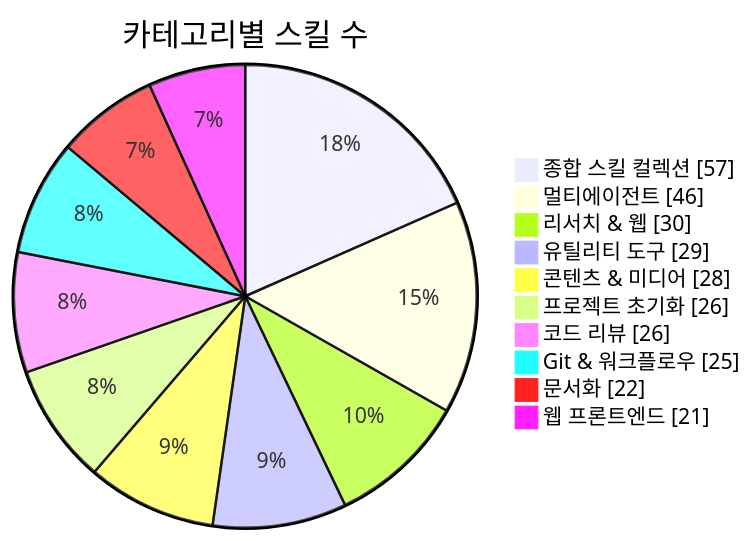
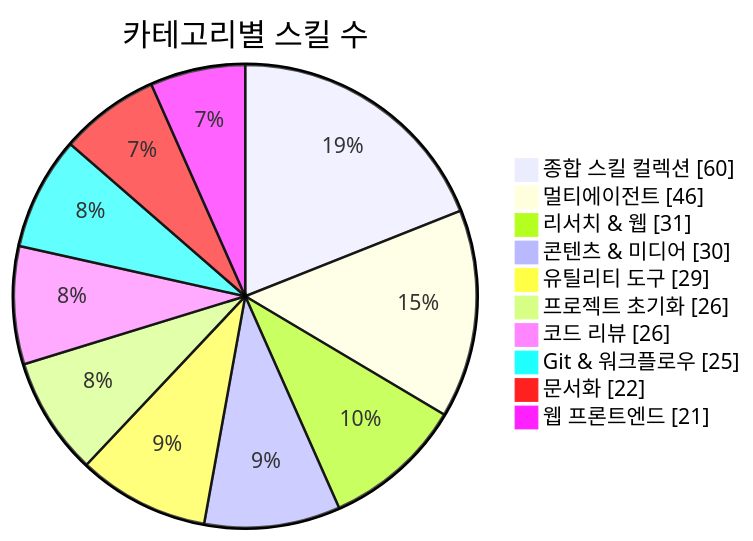
One commit to J-nowcow/awesome-korean-agent-skills changed the first of 3 diagrams in README.md. Above: the diagram before and after it, drawn with Mermaid. The commit also changed other lines of this file and 6 other files, not shown here.

````diff
--- a/README.md
+++ b/README.md
@@ -176,14 +176,14 @@
 ```mermaid
 pie showData
     title 카테고리별 스킬 수
-    "종합 스킬 컬렉션" : 57
+    "종합 스킬 컬렉션" : 60
     "멀티에이전트" : 46
-    "리서치 & 웹" : 30
+    "리서치 & 웹" : 31
+    "콘텐츠 & 미디어" : 30
     "유틸리티 도구" : 29
-    "콘텐츠 & 미디어" : 28
     "프로젝트 초기화" : 26
     "코드 리뷰" : 26
     "Git & 워크플로우" : 25
     "문서화" : 22
     "웹 프론트엔드" : 21
 ```
````
